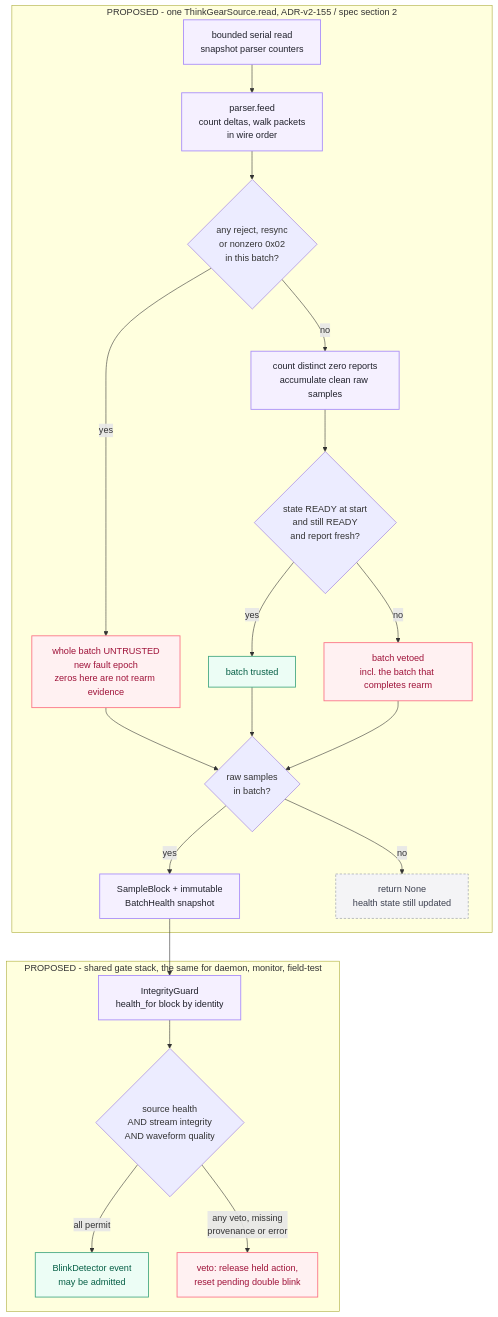
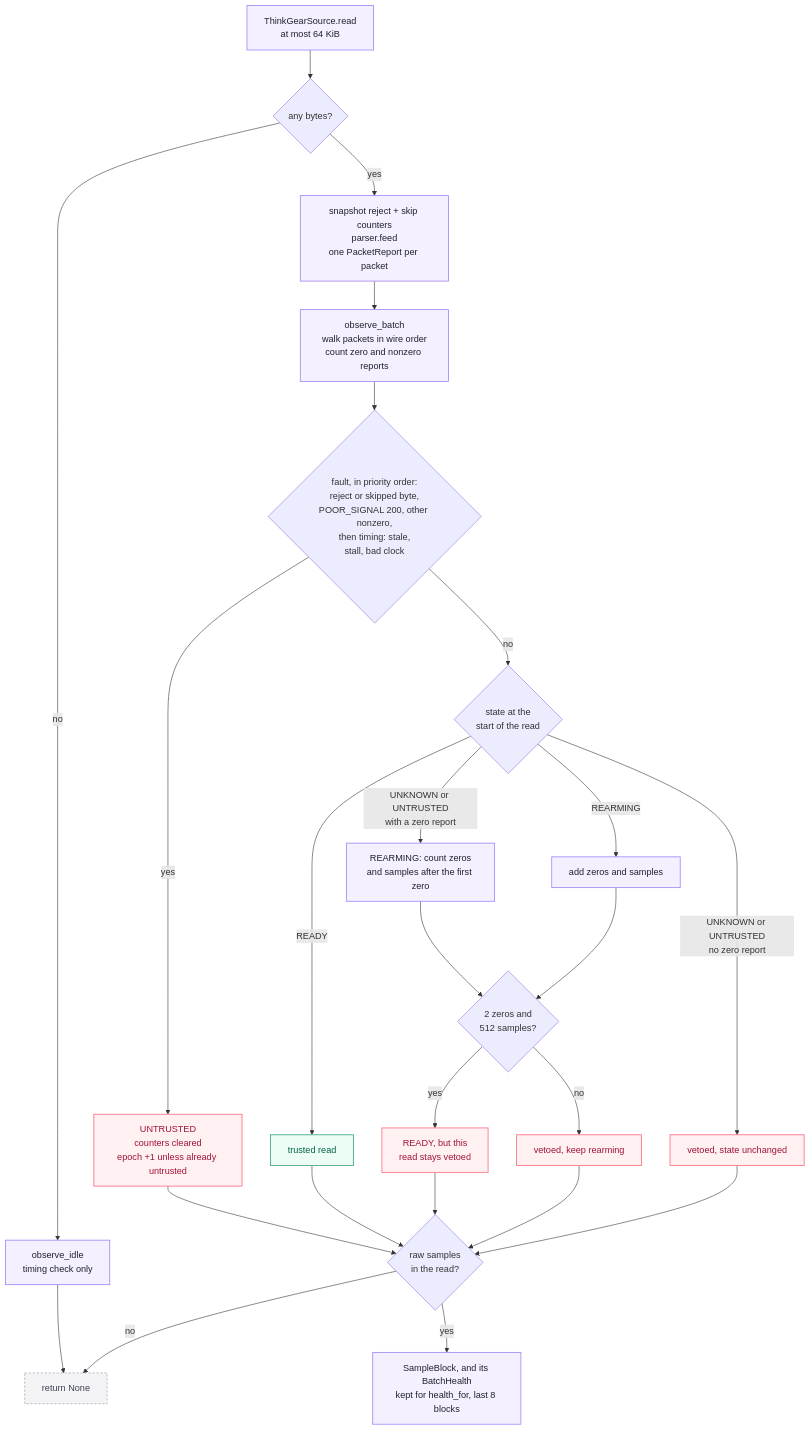
One commit to MSKazemi/yazses changed the fourth of 6 diagrams in design/biosignal/thinkgear-flowcharts.md. Above: the diagram before and after it, drawn with Mermaid. The commit also changed other lines of this file and 2 other files, not shown here.

First line of the commit message:
docs(biosignal): redraw the ThinkGear flowcharts against the #828-#830 code

````diff
--- a/design/biosignal/thinkgear-flowcharts.md
+++ b/design/biosignal/thinkgear-flowcharts.md
@@ -193,40 +245,32 @@
 ```mermaid
 flowchart TB
     classDef normal  fill:#f5f0ff,stroke:#a78bfa,stroke-width:1.5px,color:#20212b
     classDef success fill:#ecfdf5,stroke:#43a780,stroke-width:1.5px,color:#065f46
     classDef failure fill:#fff1f2,stroke:#fb7185,stroke-width:1.5px,color:#9f1239
     classDef muted   fill:#f4f4f6,stroke:#8c91a0,stroke-width:1px,stroke-dasharray:4 3,color:#3d4150
 
-    subgraph R[PROPOSED - one ThinkGearSource.read, ADR-v2-155 / spec section 2]
-        R1[bounded serial read<br/>snapshot parser counters]:::normal
-        R2[parser.feed<br/>count deltas, walk packets<br/>in wire order]:::normal
-        R3{any reject, resync<br/>or nonzero 0x02<br/>in this batch?}
-        R4[whole batch UNTRUSTED<br/>new fault epoch<br/>zeros here are not rearm evidence]:::failure
-        R5[count distinct zero reports<br/>accumulate clean raw samples]:::normal
-        R6{state READY at start<br/>and still READY<br/>and report fresh?}
-        R7[batch trusted]:::success
-        R8[batch vetoed<br/>incl. the batch that completes rearm]:::failure
-        R9{raw samples<br/>in batch?}
-        R10[SampleBlock + immutable<br/>BatchHealth snapshot]:::normal
-        R11[return None<br/>health state still updated]:::muted
-        R1 --> R2 --> R3
-        R3 -->|yes| R4 --> R9
-        R3 -->|no| R5 --> R6
-        R6 -->|yes| R7 --> R9
-        R6 -->|no| R8 --> R9
-        R9 -->|yes| R10
-        R9 -->|no| R11
-    end
-
-    subgraph G[PROPOSED - shared gate stack, the same for daemon, monitor, field-test]
-        G1[IntegrityGuard<br/>health_for block by identity]:::normal
-        G2{source health<br/>AND stream integrity<br/>AND waveform quality}
-        G3[BlinkDetector event<br/>may be admitted]:::success
-        G4[veto: release held action,<br/>reset pending double blink]:::failure
-        G1 --> G2
-        G2 -->|all permit| G3
-        G2 -->|any veto, missing<br/>provenance or error| G4
-    end
-
-    R10 --> G1
+    R1[ThinkGearSource.read<br/>at most 64 KiB]:::normal
+    R1 --> R2{any bytes?}
+    R2 -->|no| ID[observe_idle<br/>timing check only]:::normal
+    ID --> NB[return None]:::muted
+    R2 -->|yes| R3[snapshot reject + skip counters<br/>parser.feed<br/>one PacketReport per packet]:::normal
+    R3 --> R4[observe_batch<br/>walk packets in wire order<br/>count zero and nonzero reports]:::normal
+    R4 --> R5{fault, in priority order:<br/>reject or skipped byte,<br/>POOR_SIGNAL 200, other nonzero,<br/>then timing: stale,<br/>stall, bad clock}
+    R5 -->|yes| R6[UNTRUSTED<br/>counters cleared<br/>epoch +1 unless already untrusted]:::failure
+    R5 -->|no| R7{state at the<br/>start of the read}
+    R7 -->|UNKNOWN or UNTRUSTED<br/>with a zero report| R8[REARMING: count zeros<br/>and samples after the first zero]:::normal
+    R7 -->|REARMING| R9[add zeros and samples]:::normal
+    R7 -->|READY| R10[trusted read]:::success
+    R7 -->|UNKNOWN or UNTRUSTED<br/>no zero report| R16[vetoed, state unchanged]:::failure
+    R8 --> R11{2 zeros and<br/>512 samples?}
+    R9 --> R11
+    R11 -->|yes| R12[READY, but this<br/>read stays vetoed]:::failure
+    R11 -->|no| R13[vetoed, keep rearming]:::failure
+    R6 --> R14{raw samples<br/>in the read?}
+    R10 --> R14
+    R12 --> R14
+    R13 --> R14
+    R16 --> R14
+    R14 -->|yes| R15[SampleBlock, and its BatchHealth<br/>kept for health_for, last 8 blocks]:::normal
+    R14 -->|no| NB
 ```
````
